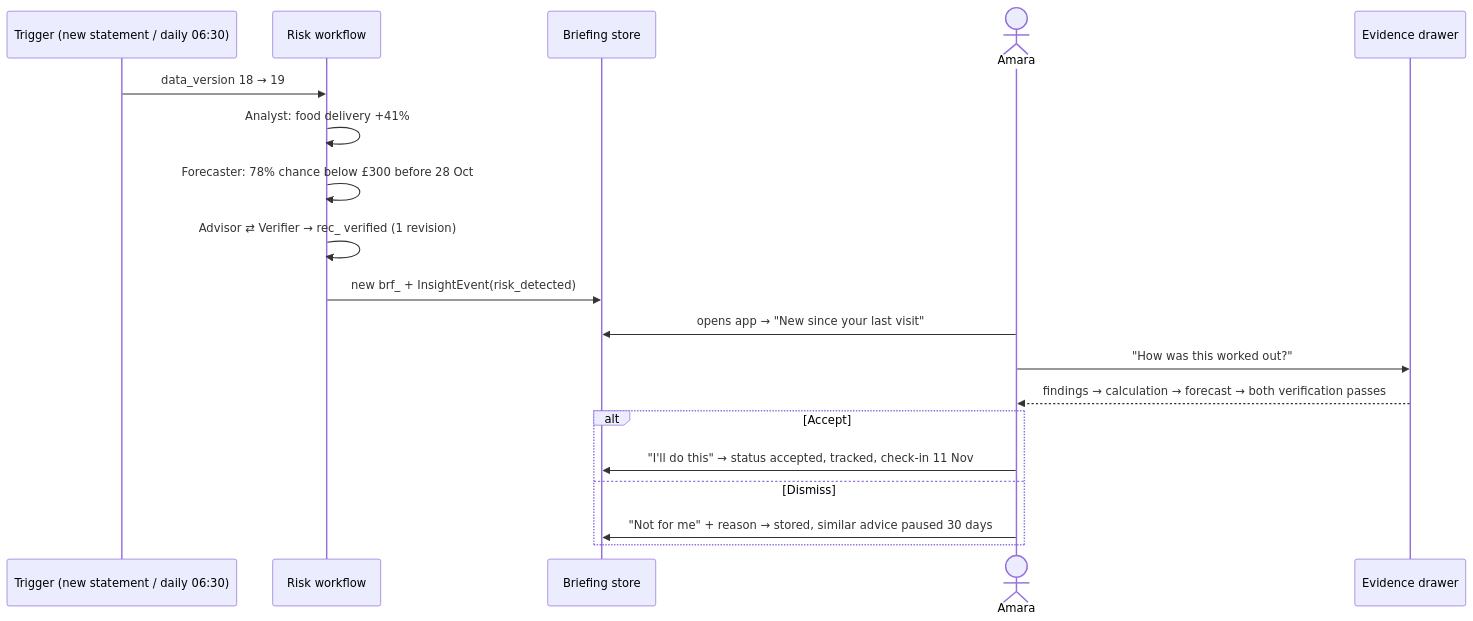
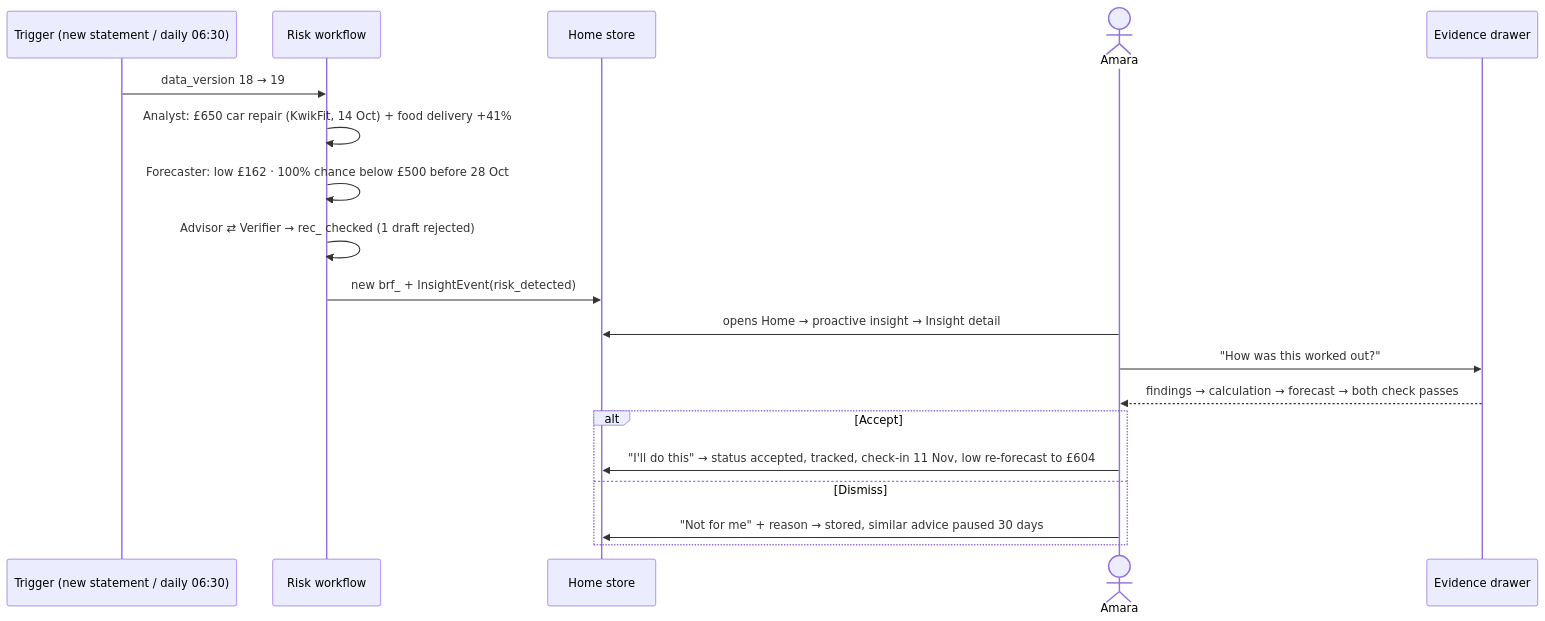
Before and after one commit to olaheavy-dev/Foresight: the eighth of 13 diagrams in docs/03-USER-JOURNEYS.md, drawn with Mermaid. The commit also changed other lines of this file and 122 other files, not shown here.

````diff
--- a/docs/03-USER-JOURNEYS.md
+++ b/docs/03-USER-JOURNEYS.md
@@ -263,21 +263,21 @@
 ```mermaid
 sequenceDiagram
   participant T as Trigger (new statement / daily 06:30)
   participant G as Risk workflow
-  participant B as Briefing store
+  participant B as Home store
   actor U as Amara
   participant E as Evidence drawer
   T->>G: data_version 18 → 19
-  G->>G: Analyst: food delivery +41%
-  G->>G: Forecaster: 78% chance below £300 before 28 Oct
-  G->>G: Advisor ⇄ Verifier → rec_ verified (1 revision)
+  G->>G: Analyst: £650 car repair (KwikFit, 14 Oct) + food delivery +41%
+  G->>G: Forecaster: low £162 · 100% chance below £500 before 28 Oct
+  G->>G: Advisor ⇄ Verifier → rec_ checked (1 draft rejected)
   G->>B: new brf_ + InsightEvent(risk_detected)
-  U->>B: opens app → "New since your last visit"
+  U->>B: opens Home → proactive insight → Insight detail
   U->>E: "How was this worked out?"
-  E-->>U: findings → calculation → forecast → both verification passes
+  E-->>U: findings → calculation → forecast → both check passes
   alt Accept
-    U->>B: "I'll do this" → status accepted, tracked, check-in 11 Nov
+    U->>B: "I'll do this" → status accepted, tracked, check-in 11 Nov, low re-forecast to £604
   else Dismiss
     U->>B: "Not for me" + reason → stored, similar advice paused 30 days
   end
 ```
````
